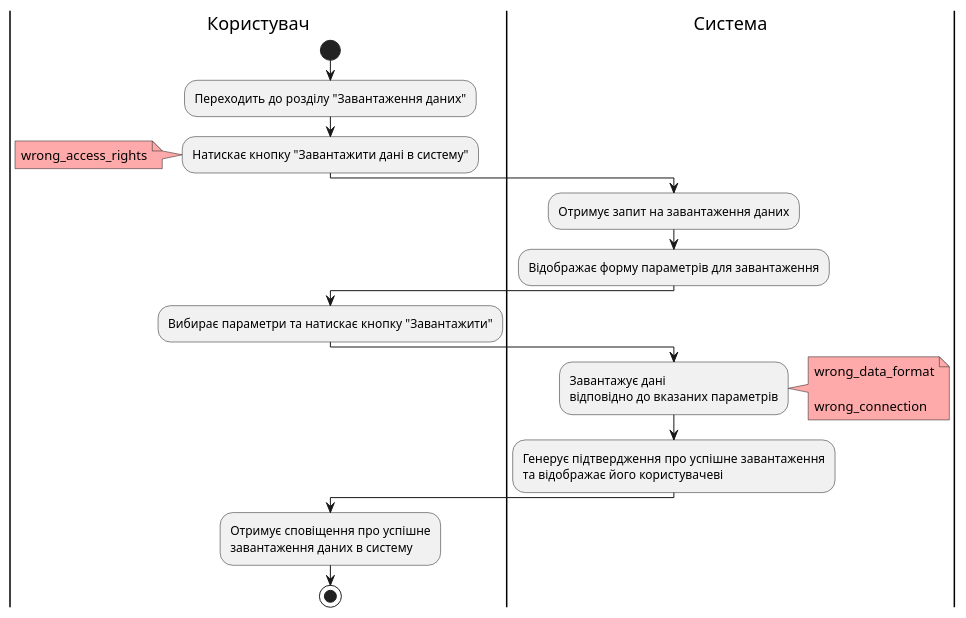
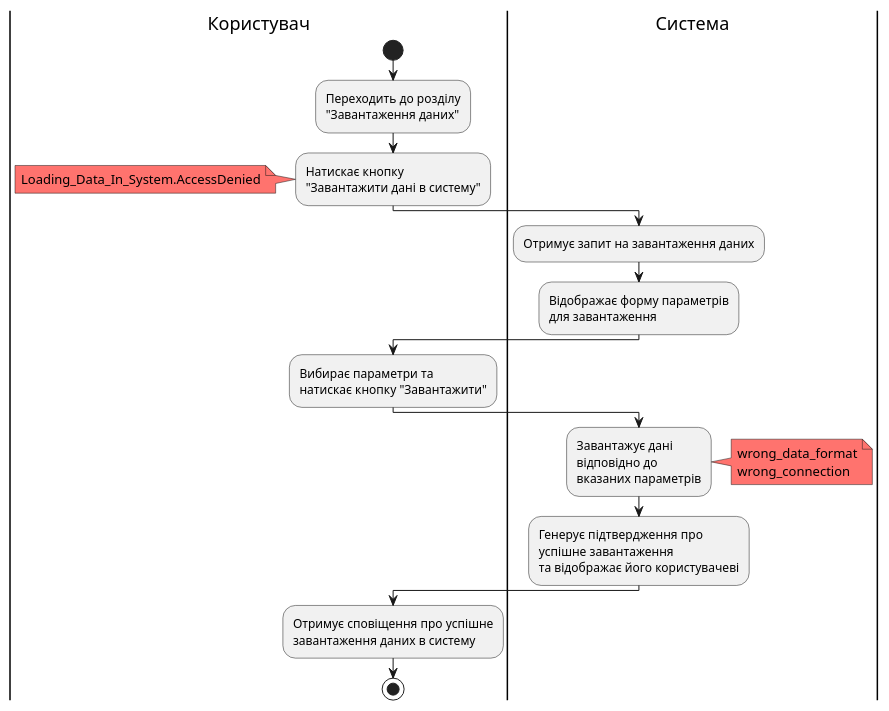
One commit to nonGratis/retarder-io-23-3 changed diagram 12 of 18 in docs/use cases/README.md. Above: the diagram before and after it, drawn with PlantUML. The commit also changed other lines of this file and 2 other files, not shown here.

````diff
--- a/docs/use cases/README.md
+++ b/docs/use cases/README.md
@@ -125,27 +367,24 @@
-```plantuml
 @startuml
 |Користувач| 
     start
-    :Переходить до розділу "Завантаження даних";
-    :Натискає кнопку "Завантажити дані в систему";
-    note left #ffaaaa
-    wrong_access_rights
-end note
+    :Переходить до розділу\n"Завантаження даних";
+    :Натискає кнопку\n"Завантажити дані в систему";
+        note left #FF736E
+            Loading_Data_In_System.AccessDenied
+        end note
 |Система|
     :Отримує запит на завантаження даних;
-    :Відображає форму параметрів для завантаження;
+    :Відображає форму параметрів\nдля завантаження;
 |Користувач| 
-    :Вибирає параметри та натискає кнопку "Завантажити";
+    :Вибирає параметри та\nнатискає кнопку "Завантажити";
 |Система| 
-    :Завантажує дані\nвідповідно до вказаних параметрів;
-    note right #ffaaaa
-    wrong_data_format
-
-    wrong_connection
-end note
-    :Генерує підтвердження про успішне завантаження\nта відображає його користувачеві;
+    :Завантажує дані\nвідповідно до\nвказаних параметрів;
+        note right #FF736E
+            wrong_data_format
+            wrong_connection
+        end note
+    :Генерує підтвердження про\nуспішне завантаження\nта відображає його користувачеві;
 |Користувач| 
     :Отримує сповіщення про успішне\nзавантаження даних в систему;
     stop
 @enduml
-```
````
